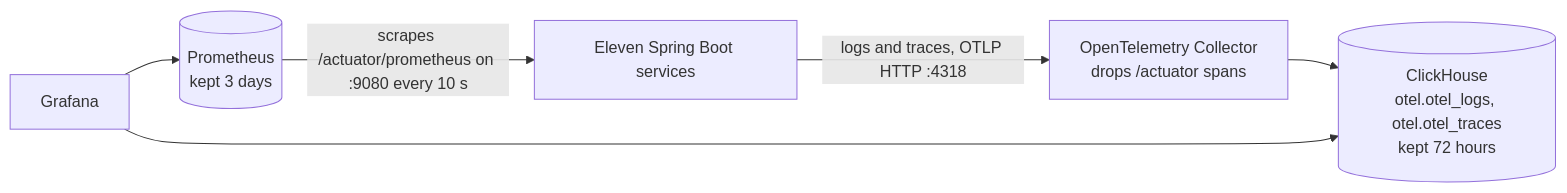
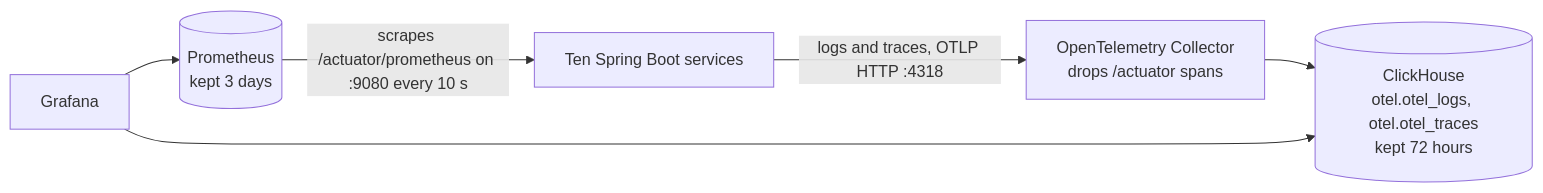
One commit to chrysaor/JayPay changed the first of 2 diagrams in README.md. Above: the diagram before and after it, drawn with Mermaid. The commit also changed other lines of this file and 48 other files, not shown here.

````diff
--- a/README.md
+++ b/README.md
@@ -116,13 +115,13 @@
 ```mermaid
 flowchart LR
-    services["Eleven Spring Boot services"]
+    services["Ten Spring Boot services"]
     collector["OpenTelemetry Collector<br/>drops /actuator spans"]
     clickhouse[("ClickHouse<br/>otel.otel_logs, otel.otel_traces<br/>kept 72 hours")]
     prometheus[("Prometheus<br/>kept 3 days")]
     grafana["Grafana"]
 
     services -- "logs and traces, OTLP HTTP :4318" --> collector
     collector --> clickhouse
     prometheus -- "scrapes /actuator/prometheus on :9080 every 10 s" --> services
     grafana --> clickhouse & prometheus
 ```
````
